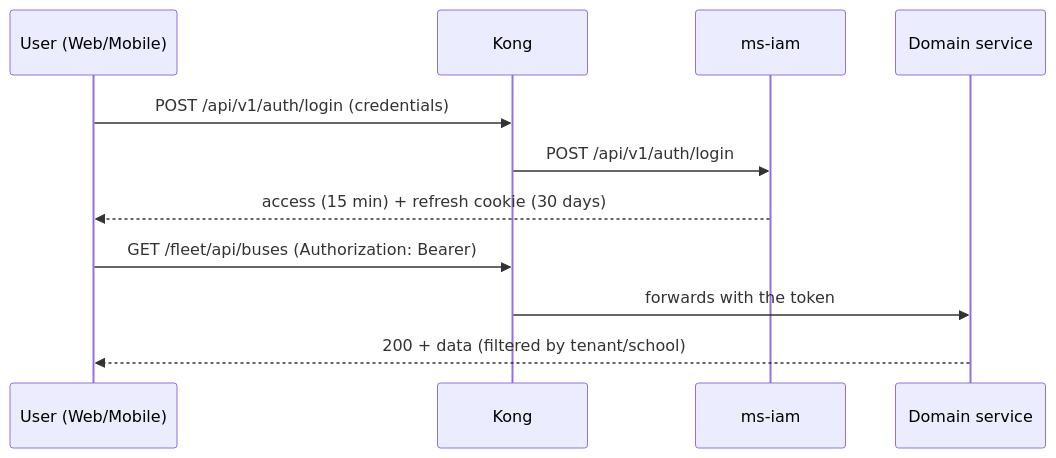
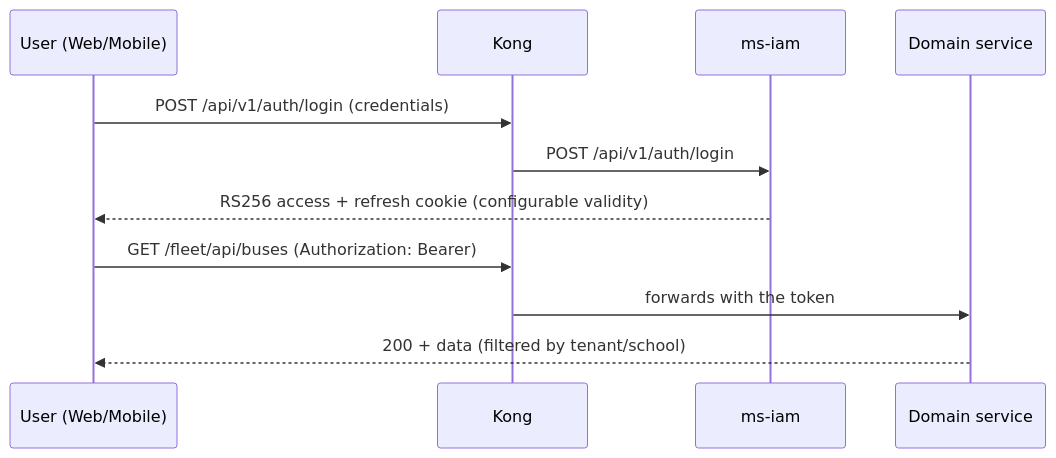
The fifth of 12 diagrams in Manuales/en/Manual-Tecnico-Guardian-Escolar.md (school-guardian-project/sg-documentation), drawn with Mermaid before and after one commit. The commit also changed other lines of this file and 1 other file, not shown here.

````diff
--- a/Manuales/en/Manual-Tecnico-Guardian-Escolar.md
+++ b/Manuales/en/Manual-Tecnico-Guardian-Escolar.md
@@ -415,13 +408,13 @@
 ```mermaid
 sequenceDiagram
     participant U as User (Web/Mobile)
     participant K as Kong
     participant IAM as ms-iam
     participant SV as Domain service
     U->>K: POST /api/v1/auth/login (credentials)
     K->>IAM: POST /api/v1/auth/login
-    IAM-->>U: access (15 min) + refresh cookie (30 days)
+    IAM-->>U: RS256 access + refresh cookie (configurable validity)
     U->>K: GET /fleet/api/buses (Authorization: Bearer)
     K->>SV: forwards with the token
     SV-->>U: 200 + data (filtered by tenant/school)
 ```
````
